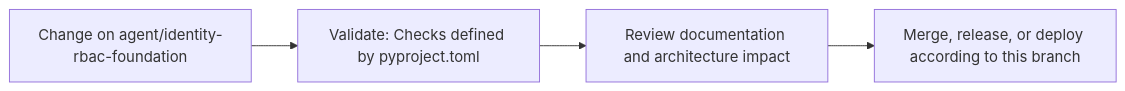
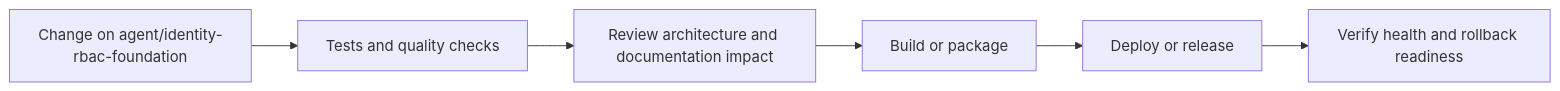
One commit to Nischhalsubba/HajiriFlow changed the seventh of 8 diagrams in README.md. Above: the diagram before and after it, drawn with Mermaid. The commit also changed other lines of this file, not shown here.

````diff
--- a/README.md
+++ b/README.md
@@ -65,8 +185,8 @@
 ```mermaid
 flowchart LR
-    CHANGE["Change on agent/identity-rbac-foundation"]
-    CHECK["Validate: Checks defined by pyproject.toml"]
-    REVIEW["Review documentation and architecture impact"]
-    RELEASE["Merge, release, or deploy according to this branch"]
-    CHANGE --> CHECK --> REVIEW --> RELEASE
+    CHANGE["Change on agent/identity-rbac-foundation"] --> CHECK["Tests and quality checks"]
+    CHECK --> REVIEW["Review architecture and documentation impact"]
+    REVIEW --> BUILD["Build or package"]
+    BUILD --> DEPLOY["Deploy or release"]
+    DEPLOY --> VERIFY["Verify health and rollback readiness"]
 ```
````
